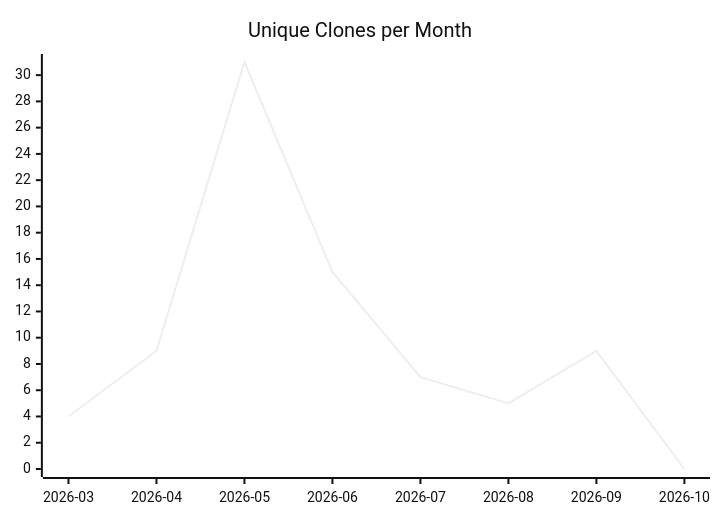
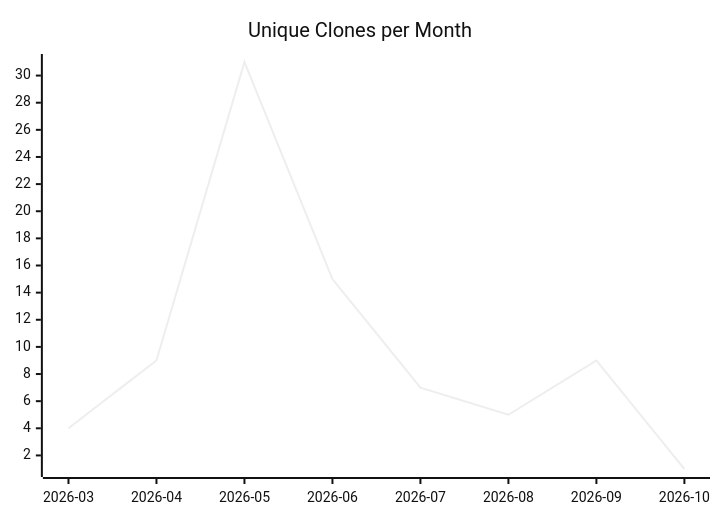
The third of 3 diagrams in karlmdavis/ansible-role-rcm-dotfiles/README.md (justdavis-family/github-analytics-data), drawn with Mermaid (neutral theme) before and after one commit. The commit also changed other lines of this file and 200 other files, not shown here.

````diff
--- a/karlmdavis/ansible-role-rcm-dotfiles/README.md
+++ b/karlmdavis/ansible-role-rcm-dotfiles/README.md
@@ -19,6 +19,6 @@
 ```mermaid
 xychart-beta
   title "Unique Clones per Month"
   x-axis ["2026-03", "2026-04", "2026-05", "2026-06", "2026-07", "2026-08", "2026-09", "2026-10"]
-  line [4, 9, 31, 15, 7, 5, 9, 0]
+  line [4, 9, 31, 15, 7, 5, 9, 1]
 ```
````
